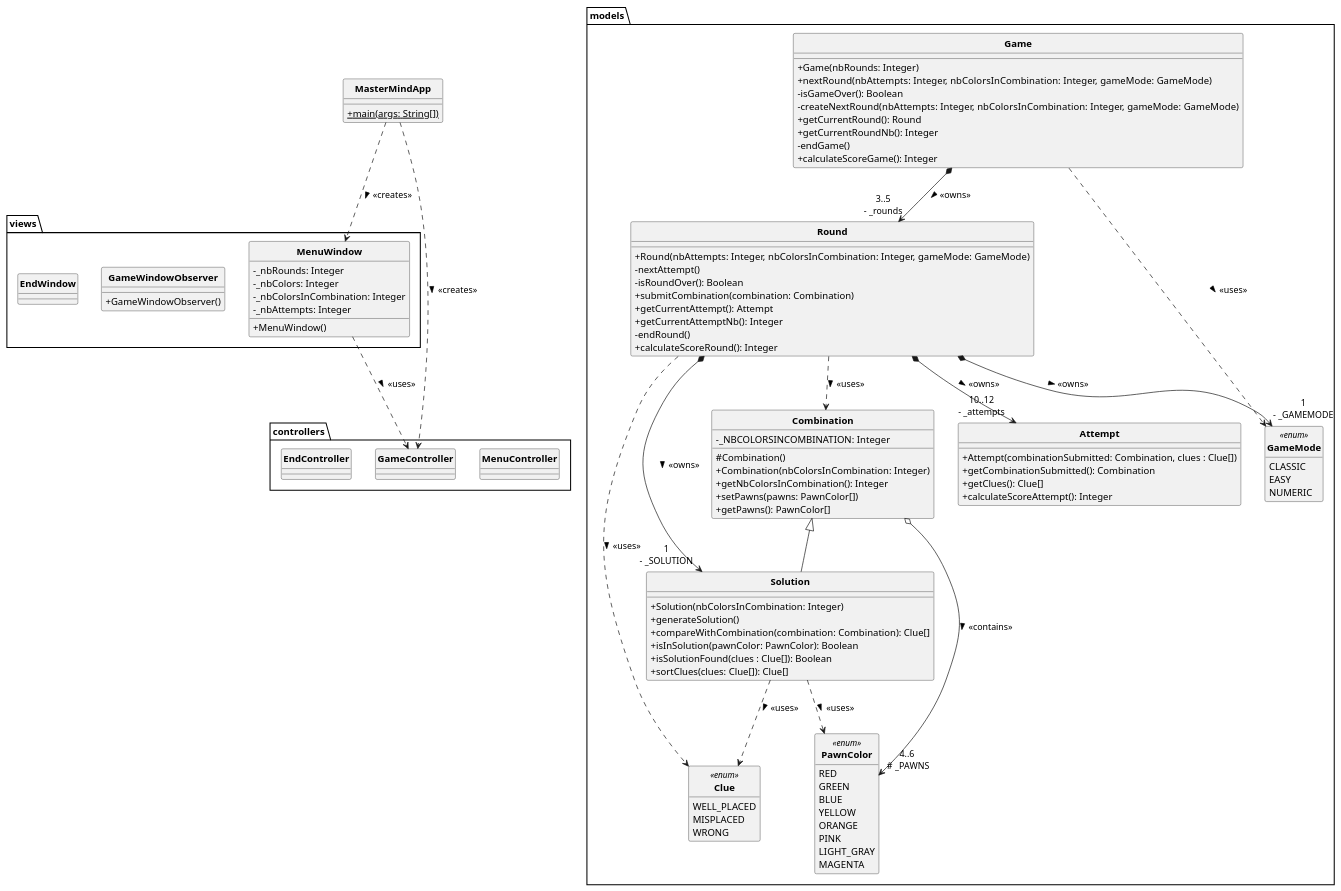
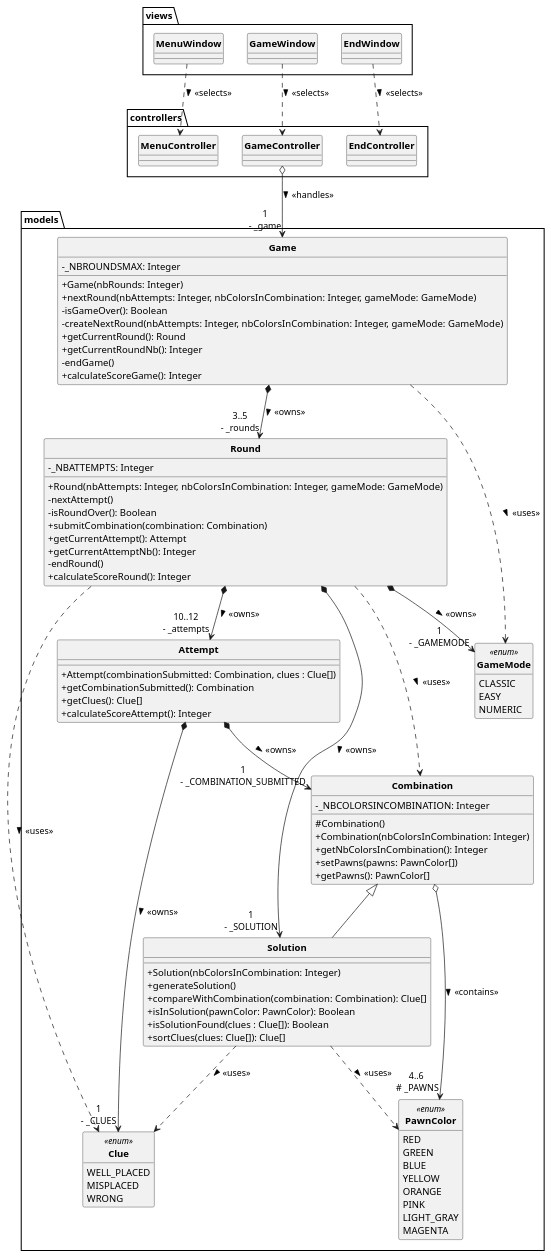
The diagram in diags/masterMindFirstDiag.puml (Robin3711/mastermind), drawn with PlantUML before and after one commit. The commit also changed 5 other files, not shown here.

```diff
--- a/diags/masterMindFirstDiag.puml
+++ b/diags/masterMindFirstDiag.puml
@@ -1,141 +1,131 @@
 @startuml
 
 skinparam style strictuml
 skinparam classAttributeIconSize 0
 skinparam classFontStyle Bold
 hide enum methods
 hide interface attributes
 
-class MasterMindApp {
-    + {static} main(args: String[])
-}
-
 package views {
-    class MenuWindow {
-        - _nbRounds: Integer
-        - _nbColors: Integer
-        - _nbColorsInCombination: Integer
-        - _nbAttempts: Integer
-        + MenuWindow()
-    }
-    class GameWindowObserver {
-        + GameWindowObserver()
-    }
+    class MenuWindow {}
+    class GameWindow {}
     class EndWindow {}
 }
 
 package controllers {
     class MenuController {}
     class GameController {}
     class EndController {}
 }
 
 package models {
     class Game {
+        - _NBROUNDSMAX: Integer
         + Game(nbRounds: Integer)
         + nextRound(nbAttempts: Integer, nbColorsInCombination: Integer, gameMode: GameMode)
         - isGameOver(): Boolean
         - createNextRound(nbAttempts: Integer, nbColorsInCombination: Integer, gameMode: GameMode)
         + getCurrentRound(): Round
         + getCurrentRoundNb(): Integer
         - endGame()
         + calculateScoreGame(): Integer
     }
     class Round {
+        - _NBATTEMPTS: Integer
         + Round(nbAttempts: Integer, nbColorsInCombination: Integer, gameMode: GameMode)
         - nextAttempt()
         - isRoundOver(): Boolean
         + submitCombination(combination: Combination)
         + getCurrentAttempt(): Attempt
         + getCurrentAttemptNb(): Integer
         - endRound()
         + calculateScoreRound(): Integer
     }
     class Combination {
         - _NBCOLORSINCOMBINATION: Integer
         # Combination()
         + Combination(nbColorsInCombination: Integer)
         + getNbColorsInCombination(): Integer
         + setPawns(pawns: PawnColor[])
         + getPawns(): PawnColor[]
     }
     class Solution extends Combination {
         + Solution(nbColorsInCombination: Integer)
         + generateSolution()
         + compareWithCombination(combination: Combination): Clue[]
         + isInSolution(pawnColor: PawnColor): Boolean
         + isSolutionFound(clues : Clue[]): Boolean
         + sortClues(clues: Clue[]): Clue[]
     }
     class Attempt {
         + Attempt(combinationSubmitted: Combination, clues : Clue[])
         + getCombinationSubmitted(): Combination
         + getClues(): Clue[]
         + calculateScoreAttempt(): Integer
     }
 
     enum PawnColor <<enum>> {
         RED
         GREEN
         BLUE
         YELLOW
         ORANGE
         PINK
         LIGHT_GRAY
         MAGENTA
     }
     enum GameMode <<enum>> {
         CLASSIC
         EASY
         NUMERIC
     }
     enum Clue <<enum>> {
         WELL_PLACED
         MISPLACED
         WRONG
     }
 }
 
 'Relations
 
-'MasterMindApp
-MasterMindApp ..> MenuWindow : > <<creates>>
-MasterMindApp ..> GameController : > <<creates>>
-
 'Views
 
 'MenuWindow
-MenuWindow ..> GameController : > <<uses>>
+MenuWindow ..> MenuController : > <<selects>>
 
-'GameWindowObserver
-'GameWindow ..> GameController : > <<selects>>
+'GameWindow
+GameWindow ..> GameController : > <<selects>>
 
 'EndWindow
-'EndWindow ..> EndController : > <<selects>>
+EndWindow ..> EndController : > <<selects>>
 
 'Controllers
 
 'GameController
-'GameController o--> "1\n- _game" Game : > <<handles>>
+GameController o--> "1\n- _game" Game : > <<handles>>
 
 'Models
 
 'Game
 Game *--> "3..5\n- _rounds" Round : > <<owns>>
 Game ..> GameMode : > <<uses>>
 
 'Round
 Round *--> "1\n- _SOLUTION" Solution : > <<owns>>
 Round *--> "10..12\n- _attempts" Attempt : > <<owns>>
 Round *--> "1\n- _GAMEMODE" GameMode : > <<owns>>
 Round ..> Combination : > <<uses>>
 Round ..> Clue : > <<uses>>
 
 'Combination
 Combination o--> "4..6\n # _PAWNS" PawnColor : > <<contains>>
 
 'Solution
 Solution ..> PawnColor : > <<uses>>
 Solution ..> Clue : > <<uses>>
 
+'Attempt
+Attempt *--> "1\n- _COMBINATION_SUBMITTED" Combination : > <<owns>>
+Attempt *--> "1\n- _CLUES" Clue : > <<owns>>
+
 @enduml
```
